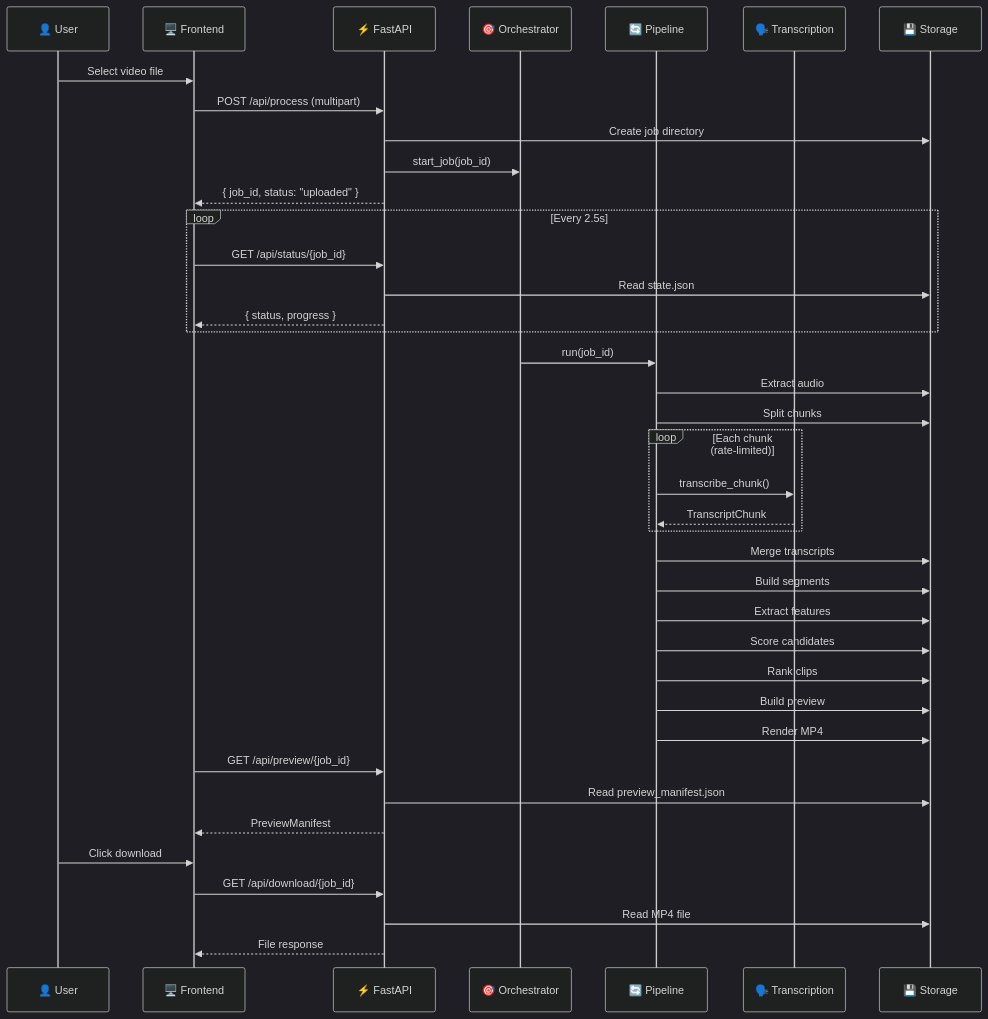
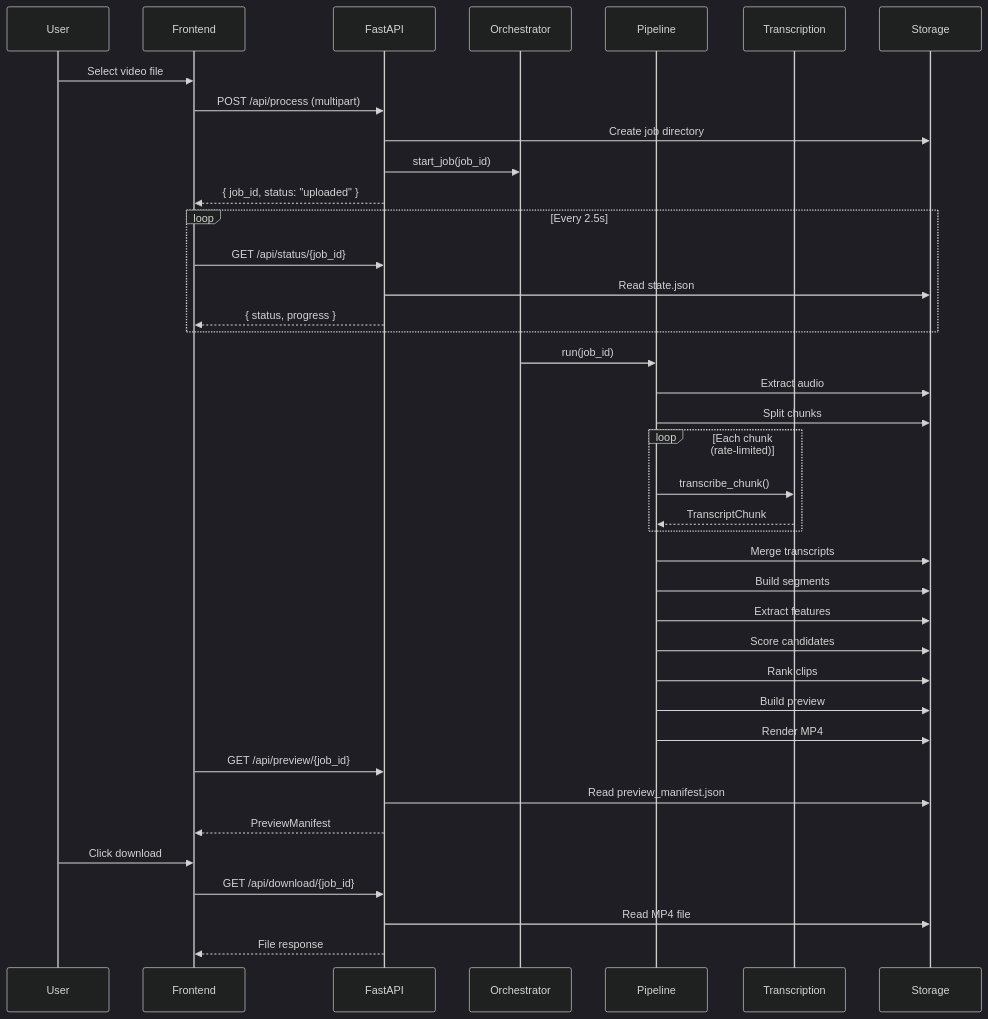
The fourth of 7 diagrams in README.md (samm329-ui/Trimora_v2), drawn with Mermaid (dark theme) before and after one commit. The commit also changed other lines of this file, not shown here.

Commit message:
fix: remove emojis from all Mermaid diagrams for GitHub rendering

````diff
--- a/README.md
+++ b/README.md
@@ -528,48 +528,48 @@
 ```mermaid
 sequenceDiagram
-    participant U as 👤 User
-    participant F as 🖥️ Frontend
-    participant A as ⚡ FastAPI
-    participant O as 🎯 Orchestrator
-    participant P as 🔄 Pipeline
-    participant T as 🗣️ Transcription
-    participant S as 💾 Storage
+    participant U as User
+    participant F as Frontend
+    participant A as FastAPI
+    participant O as Orchestrator
+    participant P as Pipeline
+    participant T as Transcription
+    participant S as Storage
 
     U->>F: Select video file
     F->>A: POST /api/process (multipart)
     A->>S: Create job directory
     A->>O: start_job(job_id)
     A-->>F: { job_id, status: "uploaded" }
 
     loop Every 2.5s
         F->>A: GET /api/status/{job_id}
         A->>S: Read state.json
         A-->>F: { status, progress }
     end
 
     O->>P: run(job_id)
     P->>S: Extract audio
     P->>S: Split chunks
 
     loop Each chunk (rate-limited)
         P->>T: transcribe_chunk()
         T-->>P: TranscriptChunk
     end
 
     P->>S: Merge transcripts
     P->>S: Build segments
     P->>S: Extract features
     P->>S: Score candidates
     P->>S: Rank clips
     P->>S: Build preview
     P->>S: Render MP4
 
     F->>A: GET /api/preview/{job_id}
     A->>S: Read preview_manifest.json
     A-->>F: PreviewManifest
 
     U->>F: Click download
     F->>A: GET /api/download/{job_id}
     A->>S: Read MP4 file
     A-->>F: File response
 ```
````
